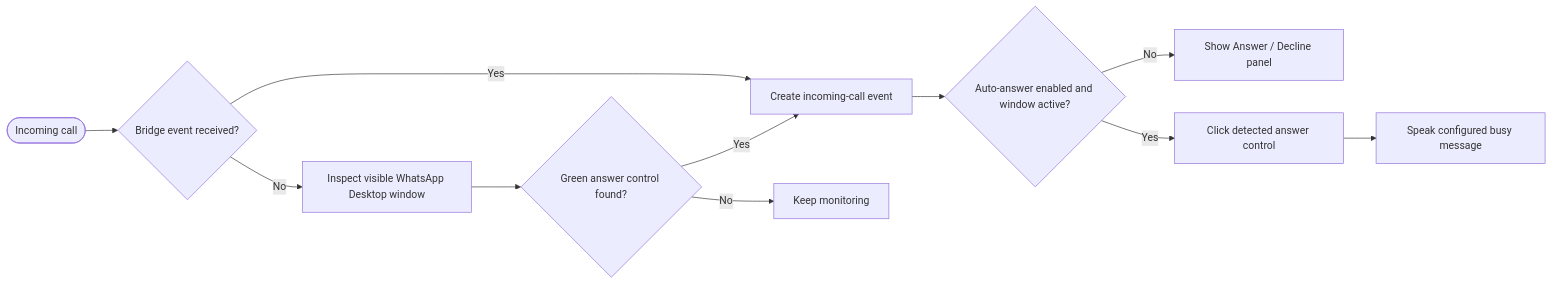
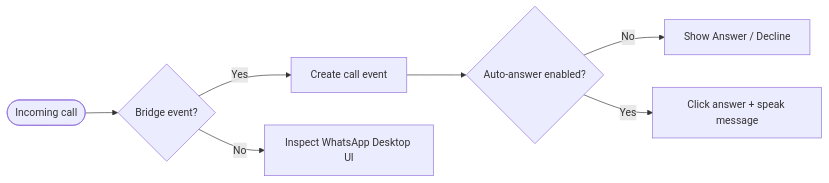
One commit to channallikrishnasai/The-Opero changed the fourth of 4 diagrams in README.md. Above: the diagram before and after it, drawn with Mermaid. The commit also changed other lines of this file and 69 other files, not shown here.

````diff
--- a/README.md
+++ b/README.md
@@ -208,13 +299,9 @@
 ```mermaid
 flowchart LR
-    I([Incoming call]) --> B{Bridge event received?}
-    B -- Yes --> D[Create incoming-call event]
-    B -- No --> V[Inspect visible WhatsApp Desktop window]
-    V --> G{Green answer control found?}
-    G -- Yes --> D
-    G -- No --> W[Keep monitoring]
-    D --> A{Auto-answer enabled and window active?}
-    A -- No --> P[Show Answer / Decline panel]
-    A -- Yes --> Q[Click detected answer control]
-    Q --> S[Speak configured busy message]
+    I([Incoming call]) --> B{Bridge event?}
+    B -- Yes --> D[Create call event]
+    B -- No --> V[Inspect WhatsApp Desktop UI]
+    D --> A{Auto-answer enabled?}
+    A -- No --> P[Show Answer / Decline]
+    A -- Yes --> Q[Click answer + speak message]
 ```
````
